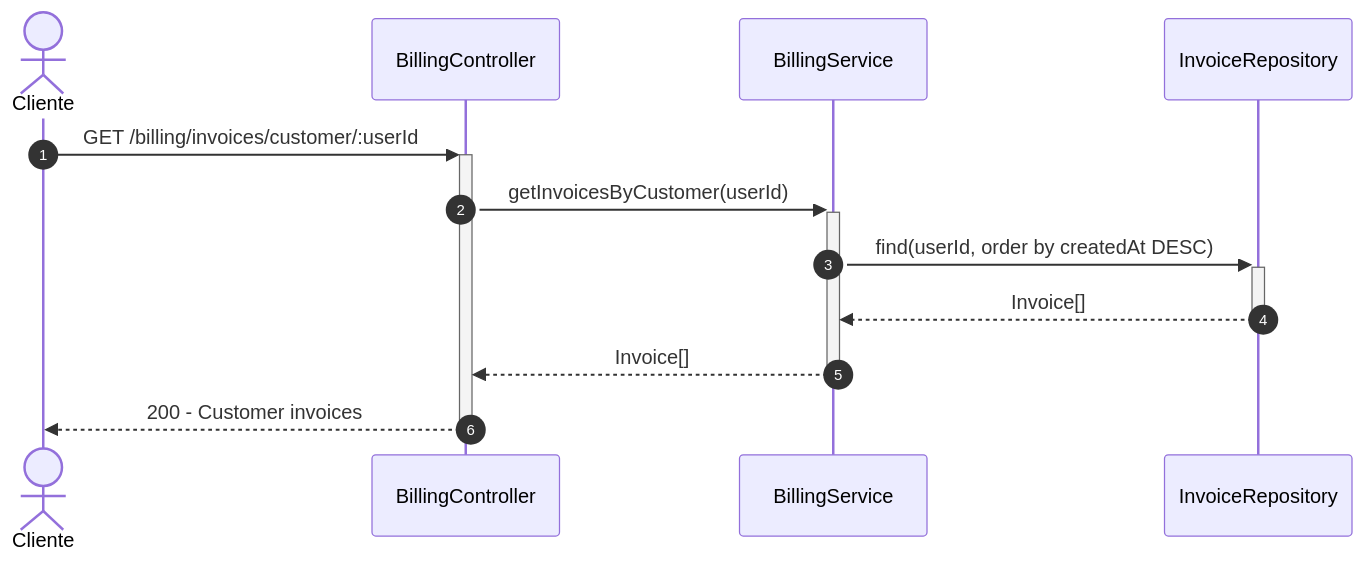
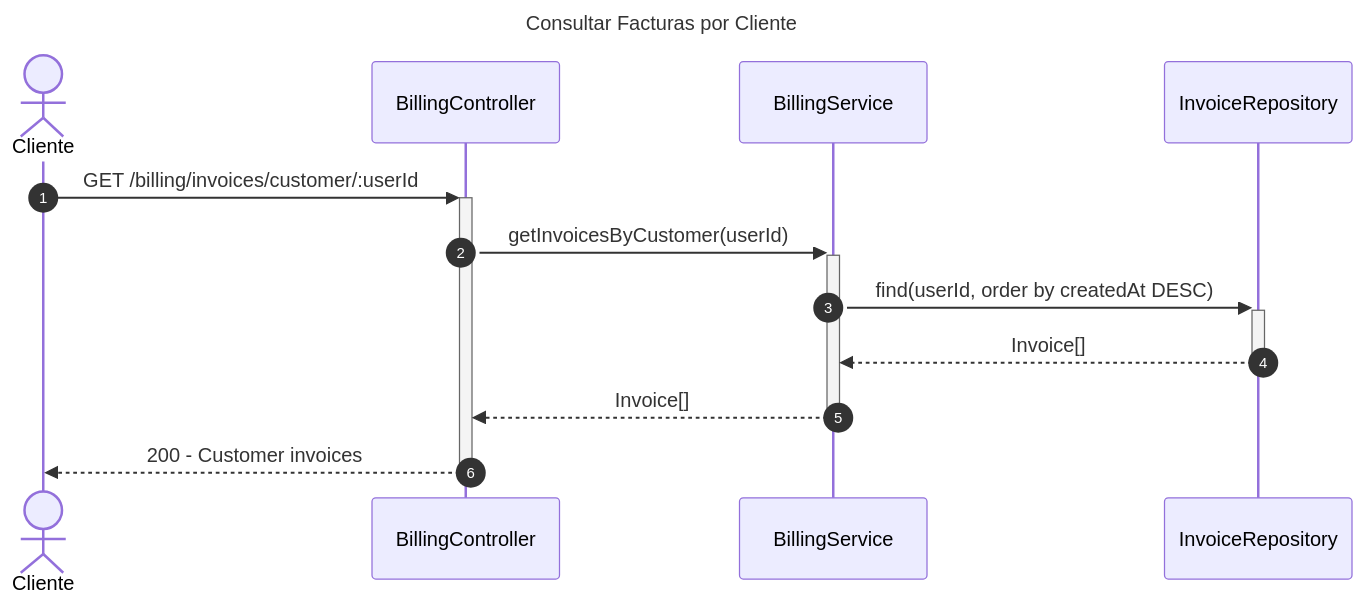
One commit to Nick220505/hotelier-backend changed the seventh of 7 diagrams in diagrams/sequence/billing-sequence-diagram.md. Above: the diagram before and after it, drawn with Mermaid. The commit also changed other lines of this file and 5 other files, not shown here.

Commit message:
Add titles to sequence diagrams for Billing, Employees, Inventory, Reservations, Restaurant, and Users modules

````diff
--- a/diagrams/sequence/billing-sequence-diagram.md
+++ b/diagrams/sequence/billing-sequence-diagram.md
@@ -212,17 +230,20 @@
 ```mermaid
+---
+title: Consultar Facturas por Cliente
+---
 sequenceDiagram
     autonumber
     actor Cliente
     participant Controller as BillingController
     participant Service as BillingService
     participant InvoiceRepo as InvoiceRepository
 
     Cliente->>+Controller: GET /billing/invoices/customer/:userId
     Controller->>+Service: getInvoicesByCustomer(userId)
     
     Service->>+InvoiceRepo: find(userId, order by createdAt DESC)
     InvoiceRepo-->>-Service: Invoice[]
     
     Service-->>-Controller: Invoice[]
     Controller-->>-Cliente: 200 - Customer invoices
 ```
````
